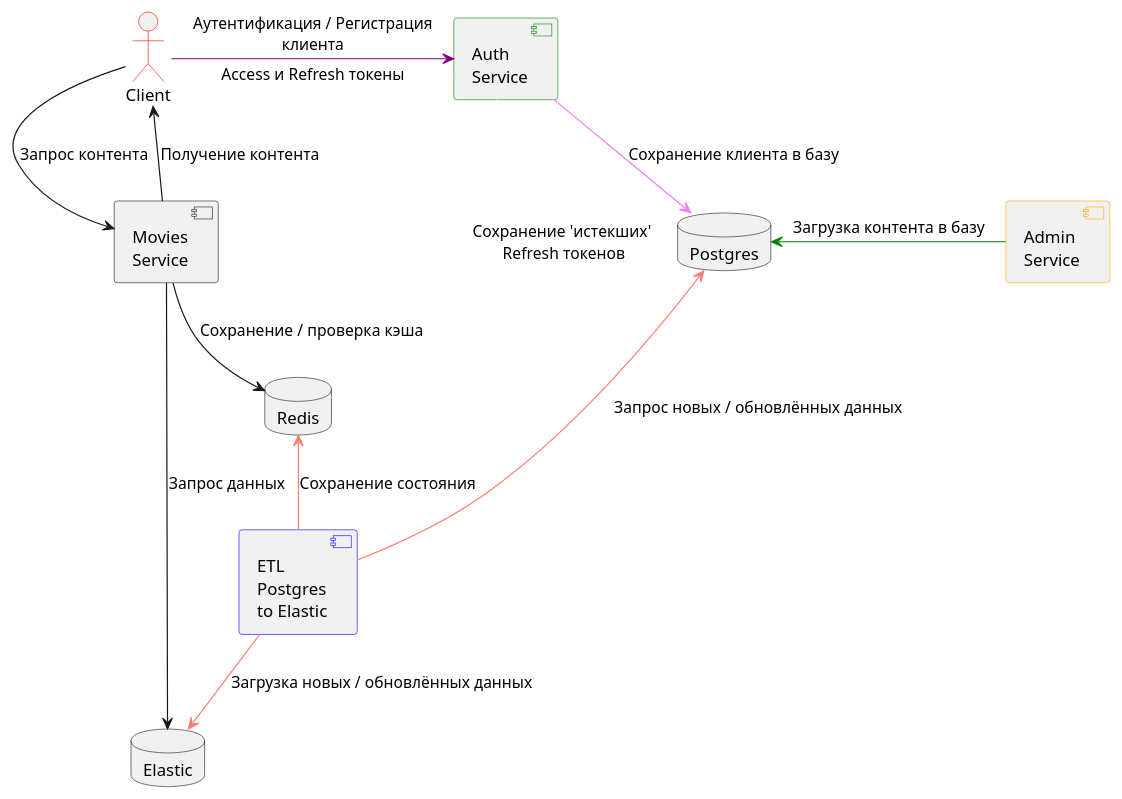
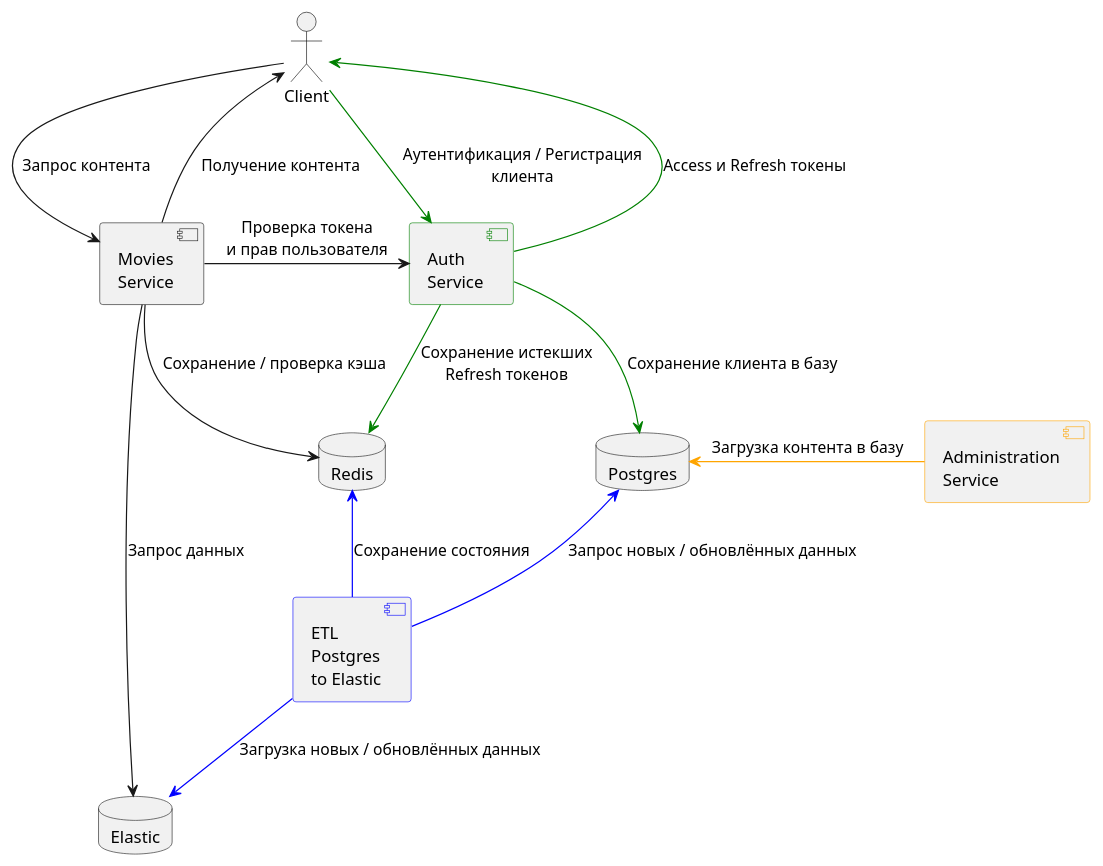
One commit to Elizaveta0309/online_sinema changed the diagram in ugc/architecture/as_is.pu. Above: the diagram before and after it, drawn with PlantUML. The commit also changed 3 other files, not shown here.

```diff
--- a/ugc/architecture/as_is.pu
+++ b/ugc/architecture/as_is.pu
@@ -1,29 +1,30 @@
 @startuml
 skinparam componentStyle uml2
-actor Client #line:red
-component "Admin\nService" as AdminService #line:orange
+actor Client #line:black
+component "Administration\nService" as AdminService #line:orange
 component "ETL\nPostgres\nto Elastic" as ETL_PG_ES #line:blue
 component "Movies\nService" as Movies
 component "Auth\nService" as Auth #line:green
 
 database Postgres
 database Redis
 database Elastic
 
 
-Client -[#purple]> Auth: "Аутентификация / Регистрация\nклиента"
-Auth -[#violet]-> Postgres: "Сохранение клиента в базу"
-Auth -[#fuchia]> Client: "Access и Refresh токены"
-Auth -[#eggplant]> Redis: "Сохранение 'истекших'\n Refresh токенов"
+Client -[#green]> Auth: "Аутентификация / Регистрация\nклиента"
+Auth -[#green]-> Postgres: "Сохранение клиента в базу"
+Auth -[#green]> Client: "Access и Refresh токены"
+Auth -[#green]> Redis: "Сохранение истекших\nRefresh токенов"
 
 Client --> Movies: "Запрос контента"
 Client <-- Movies: "Получение контента"
+Movies -> Auth: "Проверка токена\nи прав пользователя"
 Movies --> Redis: "Сохранение / проверка кэша"
 Movies --> Elastic: "Запрос данных"
 
-Postgres <-[#salmon]- ETL_PG_ES: "Запрос новых / обновлённых данных"
-Redis <-[#salmon]- ETL_PG_ES : "Сохранение состояния"
-ETL_PG_ES -[#salmon]-> Elastic: "Загрузка новых / обновлённых данных"
+Postgres <-[#blue]- ETL_PG_ES: "Запрос новых / обновлённых данных"
+Redis <-[#blue]- ETL_PG_ES : "Сохранение состояния"
+ETL_PG_ES -[#blue]-> Elastic: "Загрузка новых / обновлённых данных"
 
-Postgres <-[#green] AdminService: "Загрузка контента в базу"
+Postgres <-[#orange] AdminService: "Загрузка контента в базу"
 @enduml
```
